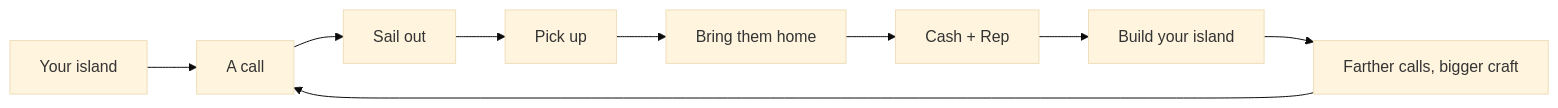
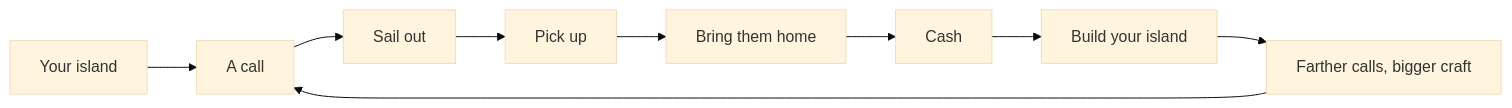
One commit to B0gsto/mayday-sea-rescue changed the diagram in docs/02-core-loop-and-mechanics.md. Above: the diagram before and after it, drawn with Mermaid (base theme). The commit also changed other lines of this file and 108 other files, not shown here.

Commit message:
WP-28: no ranks or Rep; data-driven unlock tree (DockConfig.Buildings + UnlockTree), craft gates, Needs chips, save migration, Cash-only pacing

````diff
--- a/docs/02-core-loop-and-mechanics.md
+++ b/docs/02-core-loop-and-mechanics.md
@@ -9,11 +9,11 @@
 ```mermaid
 flowchart LR
   A[Your island] --> B[A call]
   B --> C[Sail out]
   C --> D[Pick up]
   D --> E[Bring them home]
-  E --> F[Cash + Rep]
+  E --> F[Cash]
   F --> G[Build your island]
   G --> H[Farther calls, bigger craft]
   H --> B
 ```
````
